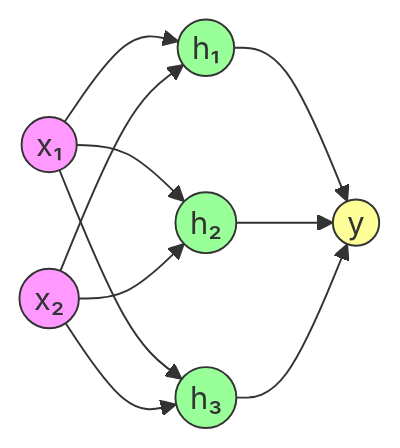
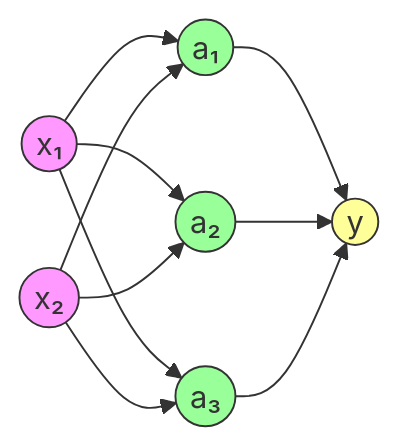
The diagram in TC3002B/FJ2025/file.md (AtoanyTec/UFs), drawn with Mermaid before and after one commit.

````diff
--- a/TC3002B/FJ2025/file.md
+++ b/TC3002B/FJ2025/file.md
@@ -130,19 +130,19 @@
 ```mermaid
 graph LR
-    x1((x₁)) --> h1((h₁))
-    x1 --> h2((h₂))
-    x1 --> h3((h₃))
-    x2((x₂)) --> h1
-    x2 --> h2
-    x2 --> h3
-    h1 --> y((y))
-    h2 --> y
-    h3 --> y
+    x1((x₁)) --> a1((a₁))
+    x1 --> a2((a₂))
+    x1 --> a3((a₃))
+    x2((x₂)) --> a1
+    x2 --> a2
+    x2 --> a3
+    a1 --> y((y))
+    a2 --> y
+    a3 --> y
     
     style x1 fill:#f9f,stroke:#333
     style x2 fill:#f9f,stroke:#333
-    style h1 fill:#9f9,stroke:#333
-    style h2 fill:#9f9,stroke:#333
-    style h3 fill:#9f9,stroke:#333
+    style a1 fill:#9f9,stroke:#333
+    style a2 fill:#9f9,stroke:#333
+    style a3 fill:#9f9,stroke:#333
     style y fill:#ff9,stroke:#333
 ```
````
